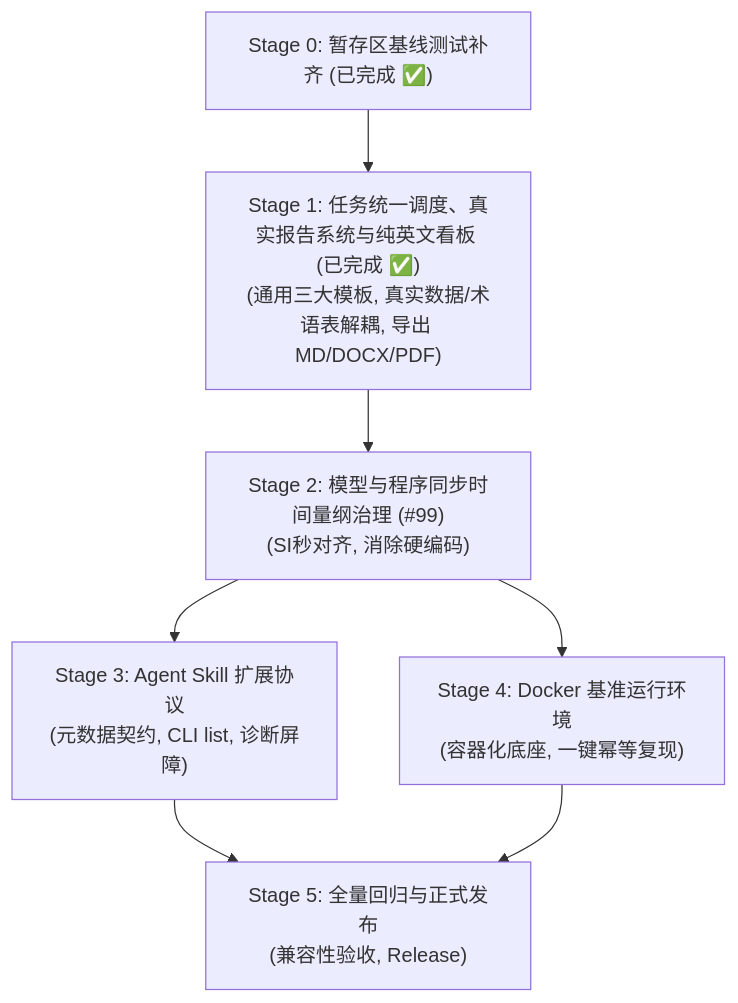
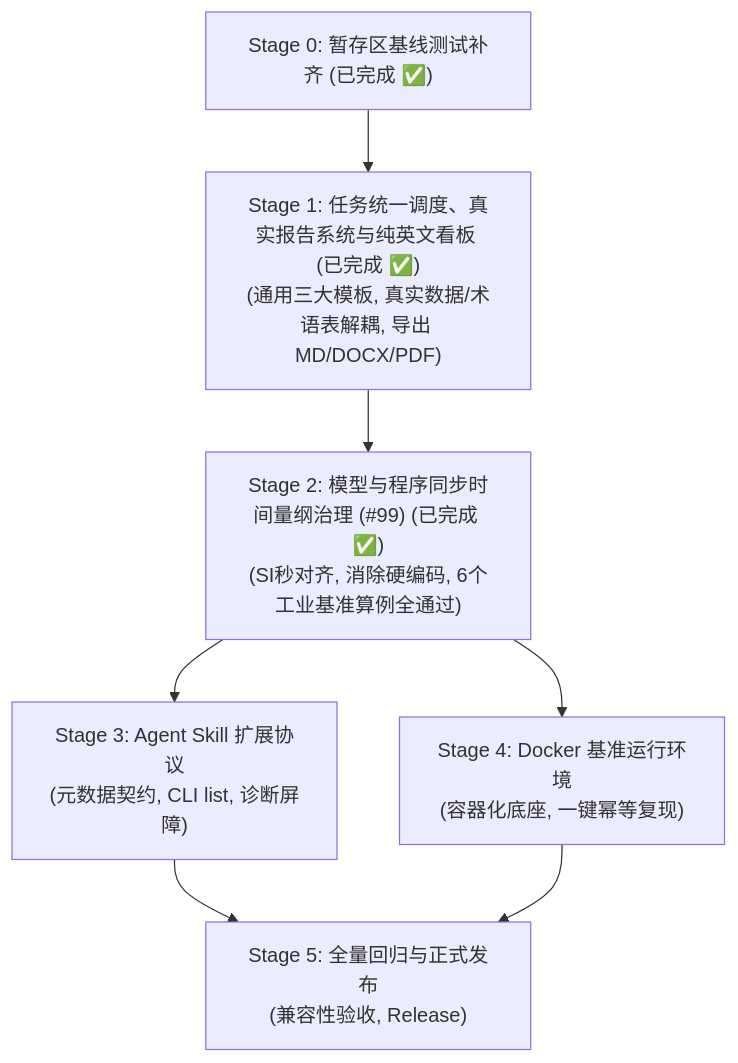
One commit to couuas/tricys changed the second of 2 diagrams in .github/upgrade/V2_DEVELOPMENT_PLAN.md. Above: the diagram before and after it, drawn with Mermaid. The commit also changed other lines of this file and 51 other files, not shown here.

````diff
--- a/.github/upgrade/V2_DEVELOPMENT_PLAN.md
+++ b/.github/upgrade/V2_DEVELOPMENT_PLAN.md
@@ -313,9 +413,9 @@
 ```mermaid
 graph TD
     S0["Stage 0: 暂存区基线测试补齐 (已完成 ✅)"] --> S1["Stage 1: 任务统一调度、真实报告系统与纯英文看板 (已完成 ✅)<br>(通用三大模板, 真实数据/术语表解耦, 导出 MD/DOCX/PDF)"]
-    S1 --> S2["Stage 2: 模型与程序同步时间量纲治理 (#99)<br>(SI秒对齐, 消除硬编码)"]
+    S1 --> S2["Stage 2: 模型与程序同步时间量纲治理 (#99) (已完成 ✅)<br>(SI秒对齐, 消除硬编码, 6个工业基准算例全通过)"]
     S2 --> S3["Stage 3: Agent Skill 扩展协议<br>(元数据契约, CLI list, 诊断屏障)"]
     S2 --> S4["Stage 4: Docker 基准运行环境<br>(容器化底座, 一键幂等复现)"]
     S3 --> S5["Stage 5: 全量回归与正式发布<br>(兼容性验收, Release)"]
     S4 --> S5
 ```
````
